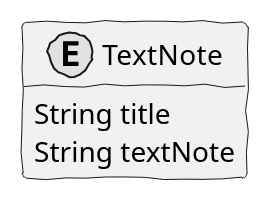
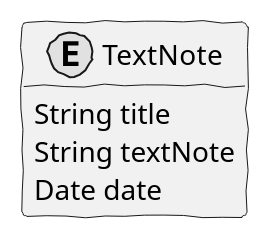
Before and after one commit to Fuel4us/EventManagingApp: the diagram in docs/red/1160634/sp1/dm.puml, drawn with PlantUML. The commit also changed 1 other file, not shown here.

```diff
--- a/docs/red/1160634/sp1/dm.puml
+++ b/docs/red/1160634/sp1/dm.puml
@@ -1,15 +1,16 @@
 @startuml  dm.png
 skinparam handwritten true
 skinparam monochrome true
 skinparam packageStyle rect
 skinparam defaultFontName FG Virgil
 skinparam shadowing false
 
 hide empty methods
 
 class TextNote << (E,yellow) >> {
 	String title
 	String textNote
+	Date date
 }
 
 @enduml
```
